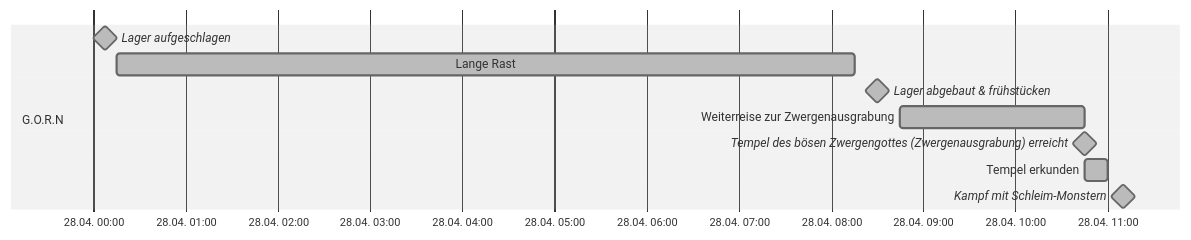
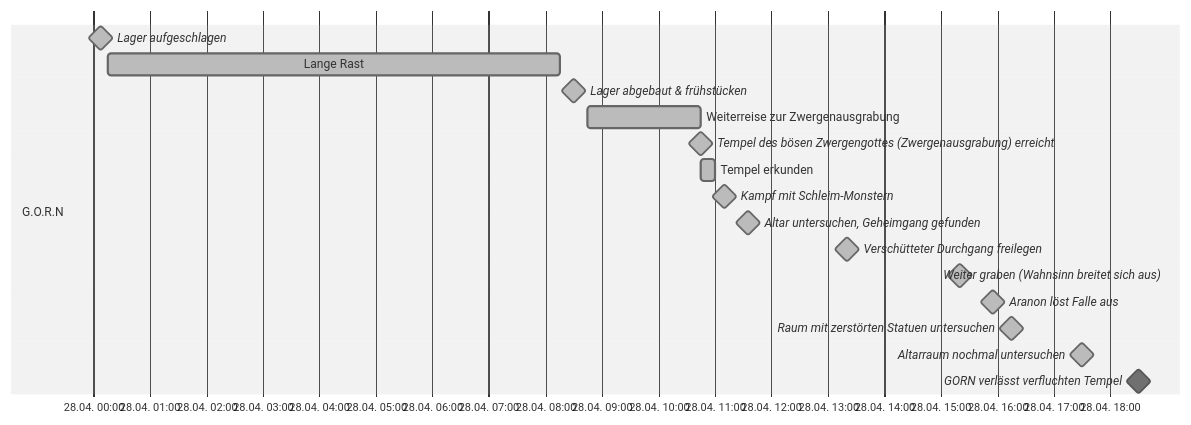
Before and after one commit to LorenJaffrey/DnD_PFT: the fifth of 13 diagrams in Kampagne/Timeline Kampagne 2.md, drawn with Mermaid (neutral theme). The commit also changed other lines of this file, not shown here.

Commit message:
Timeline updated

````diff
--- a/Kampagne/Timeline Kampagne 2.md
+++ b/Kampagne/Timeline Kampagne 2.md
@@ -72,15 +72,22 @@
 ```mermaid
 gantt
 	dateFormat HH:mm
 	axisFormat %e.%m. %H:%M
 	tickinterval 1hour
 	weekday sunday
 	section G.O.R.N
 		Lager aufgeschlagen: done, milestone, a1, 2024-04-28 00:00, 15m
 		Lange Rast: done, a2, after a1, 8h
 		Lager abgebaut & frühstücken: done, milestone, a3, after a2, 30m
 		Weiterreise zur Zwergenausgrabung: done, a4, after a3, 2h
 		Tempel des bösen Zwergengottes (Zwergenausgrabung) erreicht: done, milestone, a5, after a4, 0m
 		Tempel erkunden: done, a6, after a5, 15m
 		Kampf mit Schleim-Monstern: done, milestone, a7, after a6, 20m
+		Altar untersuchen, Geheimgang gefunden: done, milestone, a8, after a7, 30m
+		Verschütteter Durchgang freilegen: done, milestone, a9, after a8, 3h
+		Weiter graben (Wahnsinn breitet sich aus): done, milestone, a10, after a9, 1h
+		Aranon löst Falle aus: done, milestone, a11, after a10, 10m
+		Raum mit zerstörten Statuen untersuchen: done, milestone, a12, after a11, 30m
+		Altarraum nochmal untersuchen: done, milestone, a13, after a12, 2h
+		GORN verlässt verfluchten Tempel: milestone, a14, after a13, 0m
 ```
````
